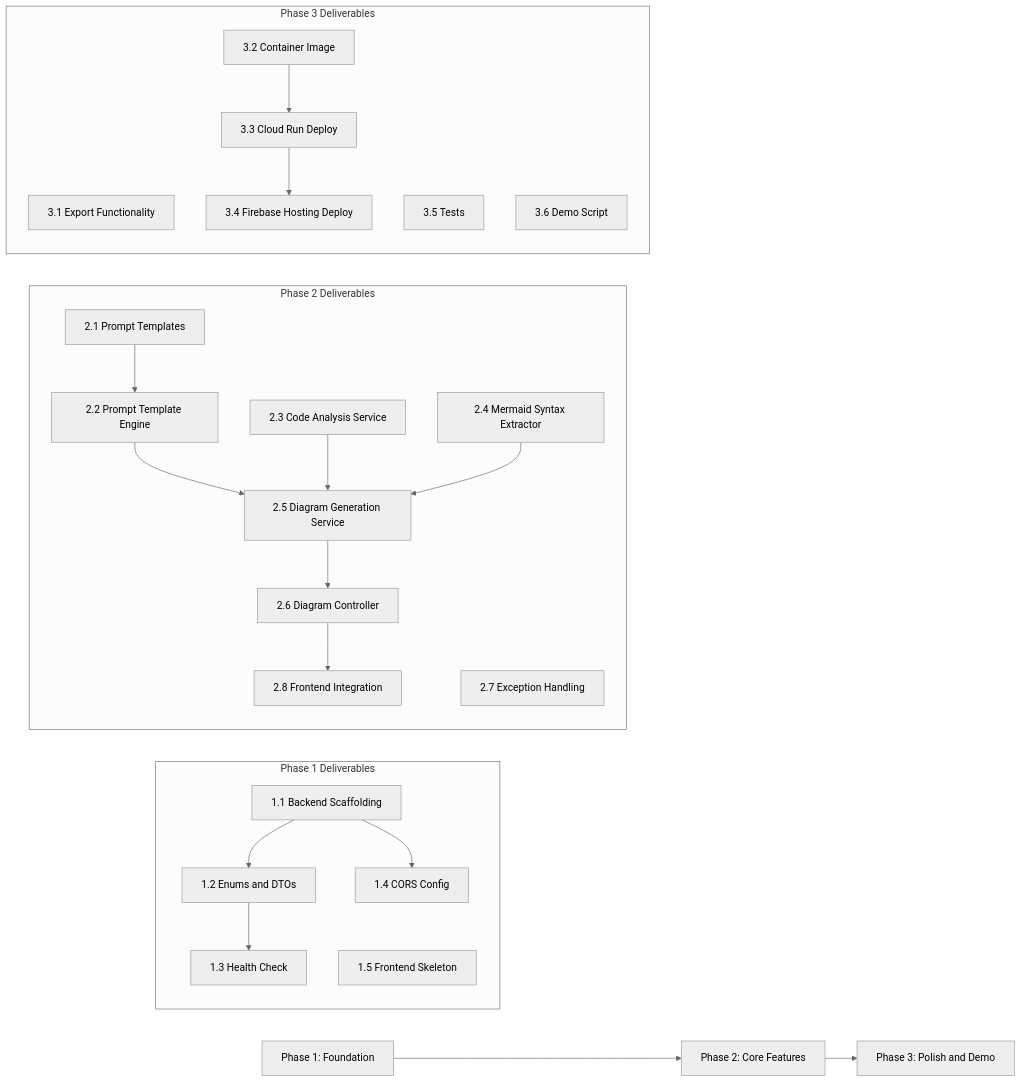
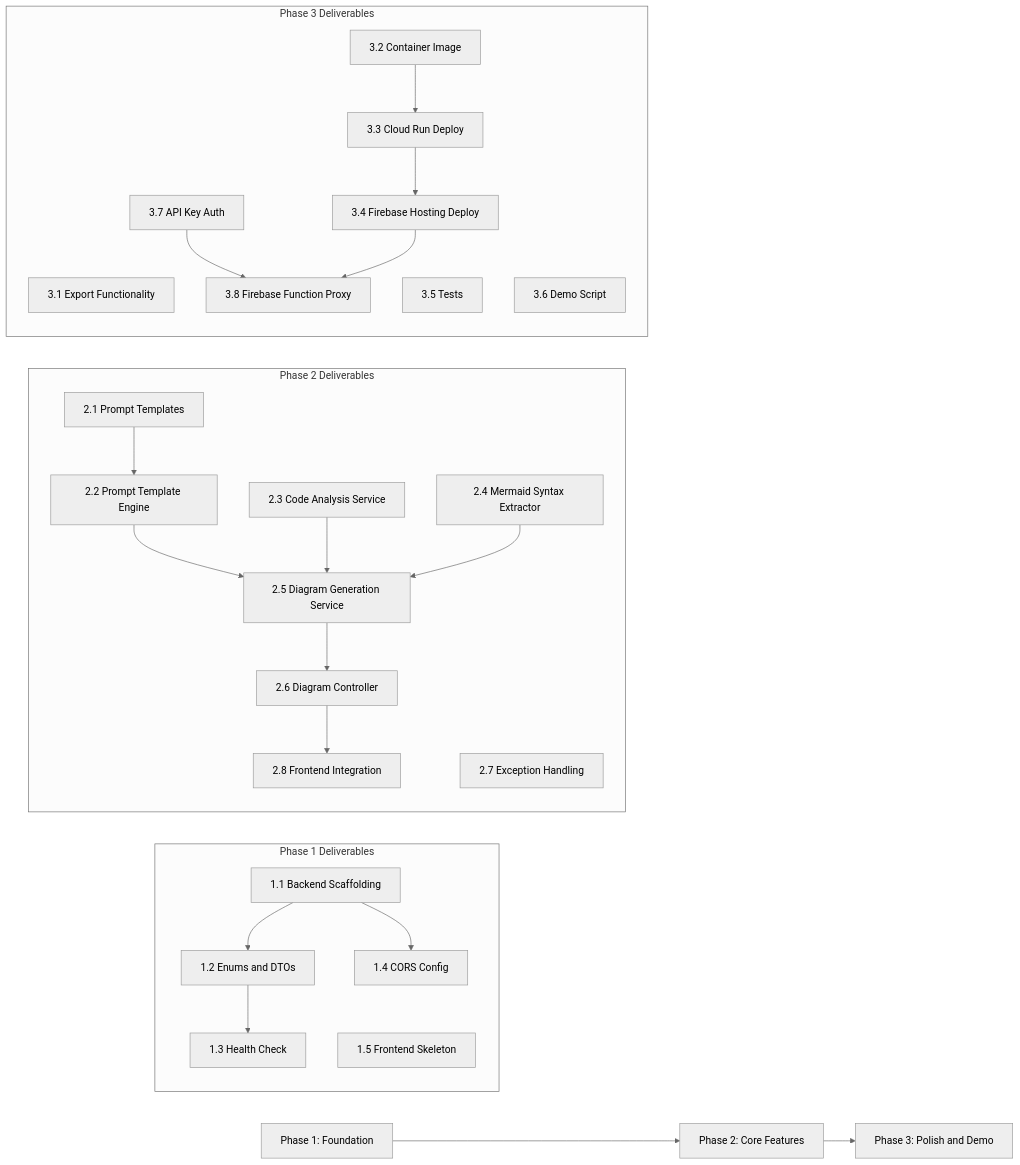
Before and after one commit to jking-ai/diagram-as-code-architect: the diagram in docs/milestones.md, drawn with Mermaid (neutral theme). The commit also changed other lines of this file and 7 other files, not shown here.

````diff
--- a/docs/milestones.md
+++ b/docs/milestones.md
@@ -331,54 +357,58 @@
 ```mermaid
 flowchart LR
     P1["Phase 1: Foundation"]
     P2["Phase 2: Core Features"]
     P3["Phase 3: Polish and Demo"]
 
     P1 --> P2 --> P3
 
     subgraph Phase1["Phase 1 Deliverables"]
         direction TB
         S1[1.1 Backend Scaffolding]
         S2[1.2 Enums and DTOs]
         S3[1.3 Health Check]
         S4[1.4 CORS Config]
         S5[1.5 Frontend Skeleton]
         S1 --> S2 --> S3
         S1 --> S4
         S5
     end
 
     subgraph Phase2["Phase 2 Deliverables"]
         direction TB
         C1[2.1 Prompt Templates]
         C2[2.2 Prompt Template Engine]
         C3[2.3 Code Analysis Service]
         C4[2.4 Mermaid Syntax Extractor]
         C5[2.5 Diagram Generation Service]
         C6[2.6 Diagram Controller]
         C7[2.7 Exception Handling]
         C8[2.8 Frontend Integration]
         C1 --> C2
         C2 --> C5
         C3 --> C5
         C4 --> C5
         C5 --> C6
         C7
         C6 --> C8
     end
 
     subgraph Phase3["Phase 3 Deliverables"]
         direction TB
         D1[3.1 Export Functionality]
         D2[3.2 Container Image]
         D3[3.3 Cloud Run Deploy]
         D4[3.4 Firebase Hosting Deploy]
         D5[3.5 Tests]
         D6[3.6 Demo Script]
+        D7[3.7 API Key Auth]
+        D8[3.8 Firebase Function Proxy]
         D2 --> D3
         D3 --> D4
+        D7 --> D8
+        D4 --> D8
         D1
         D5
         D6
     end
 ```
````
